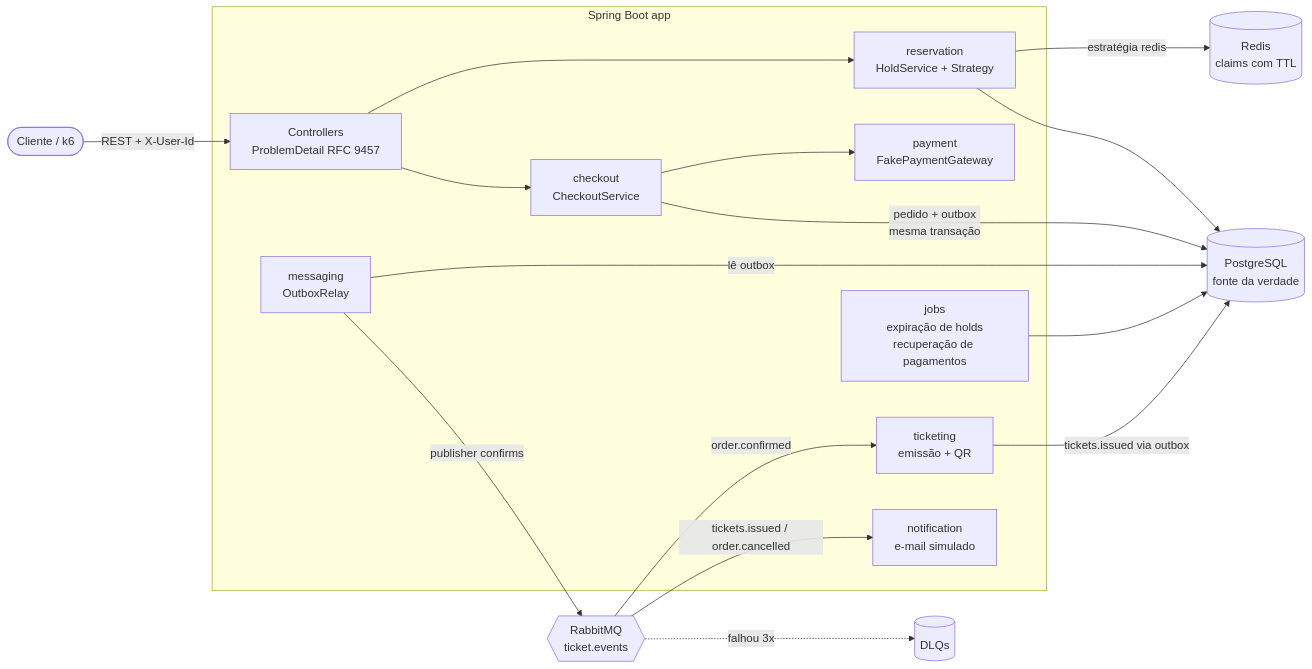
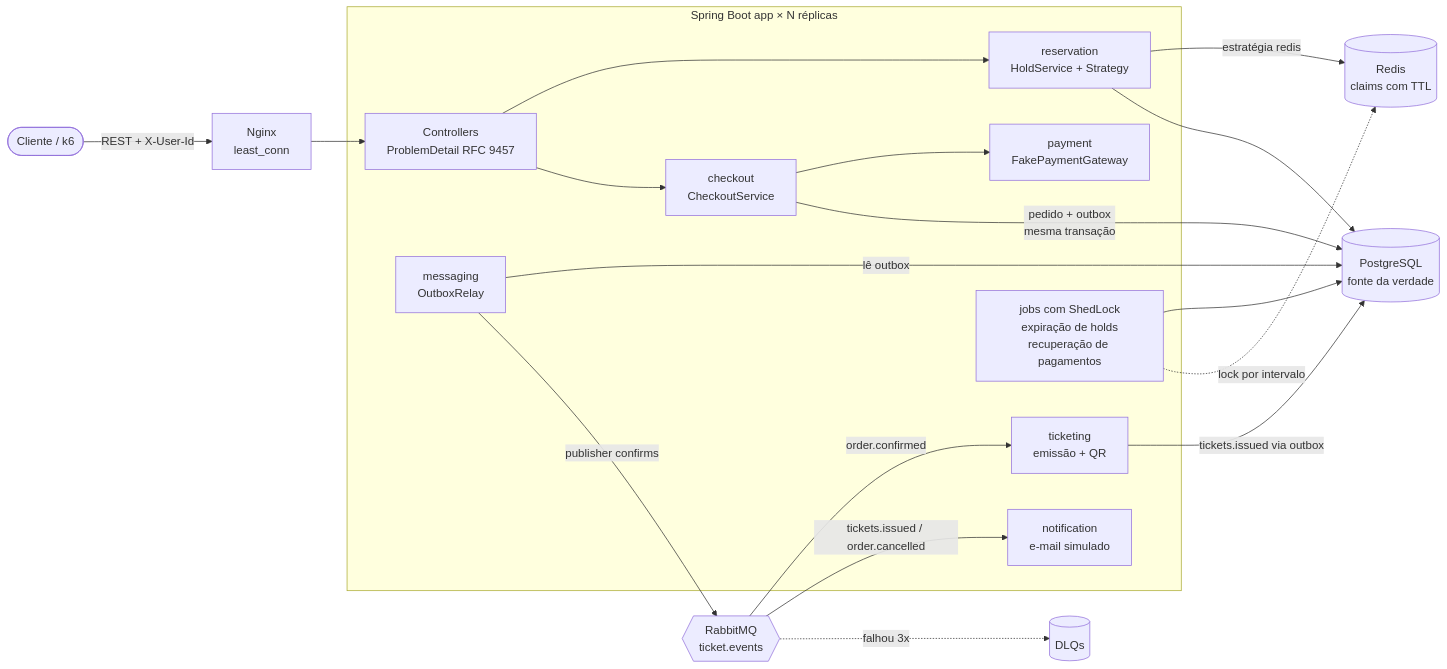
One commit to Thg1zZ/TicketSystem changed the first of 2 diagrams in README.md. Above: the diagram before and after it, drawn with Mermaid. The commit also changed other lines of this file, not shown here.

````diff
--- a/README.md
+++ b/README.md
@@ -55,29 +58,31 @@
 ```mermaid
 flowchart LR
-    client([Cliente / k6]) -->|REST + X-User-Id| api
+    client([Cliente / k6]) -->|REST + X-User-Id| lb[Nginx<br/>least_conn]
+    lb --> api
 
-    subgraph app[Spring Boot app]
+    subgraph app[Spring Boot app × N réplicas]
         api[Controllers<br/>ProblemDetail RFC 9457]
         hold[reservation<br/>HoldService + Strategy]
         checkout[checkout<br/>CheckoutService]
         gateway[payment<br/>FakePaymentGateway]
         relay[messaging<br/>OutboxRelay]
         ticketing[ticketing<br/>emissão + QR]
         notify[notification<br/>e-mail simulado]
-        jobs[jobs<br/>expiração de holds<br/>recuperação de pagamentos]
+        jobs[jobs com ShedLock<br/>expiração de holds<br/>recuperação de pagamentos]
     end
 
     api --> hold
     api --> checkout
     checkout --> gateway
     hold -->|estratégia redis| redis[(Redis<br/>claims com TTL)]
     hold --> pg[(PostgreSQL<br/>fonte da verdade)]
     checkout -->|pedido + outbox<br/>mesma transação| pg
     relay -->|lê outbox| pg
     relay -->|publisher confirms| mq{{RabbitMQ<br/>ticket.events}}
     mq -->|order.confirmed| ticketing
     ticketing -->|tickets.issued via outbox| pg
     mq -->|tickets.issued / order.cancelled| notify
     mq -.->|falhou 3x| dlq[(DLQs)]
     jobs --> pg
+    jobs -.->|lock por intervalo| redis
 ```
````
